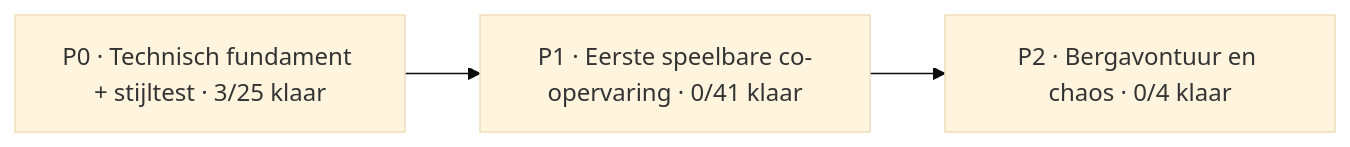
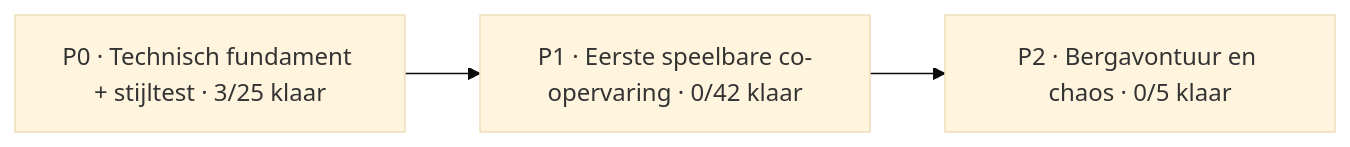
Before and after one commit to mlemson/conductor-chaos: the diagram in Docs/PROJECT_BOARD.md, drawn with Mermaid (base theme). The commit also changed other lines of this file, not shown here.

````diff
--- a/Docs/PROJECT_BOARD.md
+++ b/Docs/PROJECT_BOARD.md
@@ -13,7 +13,7 @@
 ```mermaid
 flowchart LR
     P0["P0 · Technisch fundament + stijltest · 3/25 klaar"]
-    P1["P1 · Eerste speelbare co-opervaring · 0/41 klaar"]
-    P2["P2 · Bergavontuur en chaos · 0/4 klaar"]
+    P1["P1 · Eerste speelbare co-opervaring · 0/42 klaar"]
+    P2["P2 · Bergavontuur en chaos · 0/5 klaar"]
     P0 --> P1 --> P2
 ```
````
